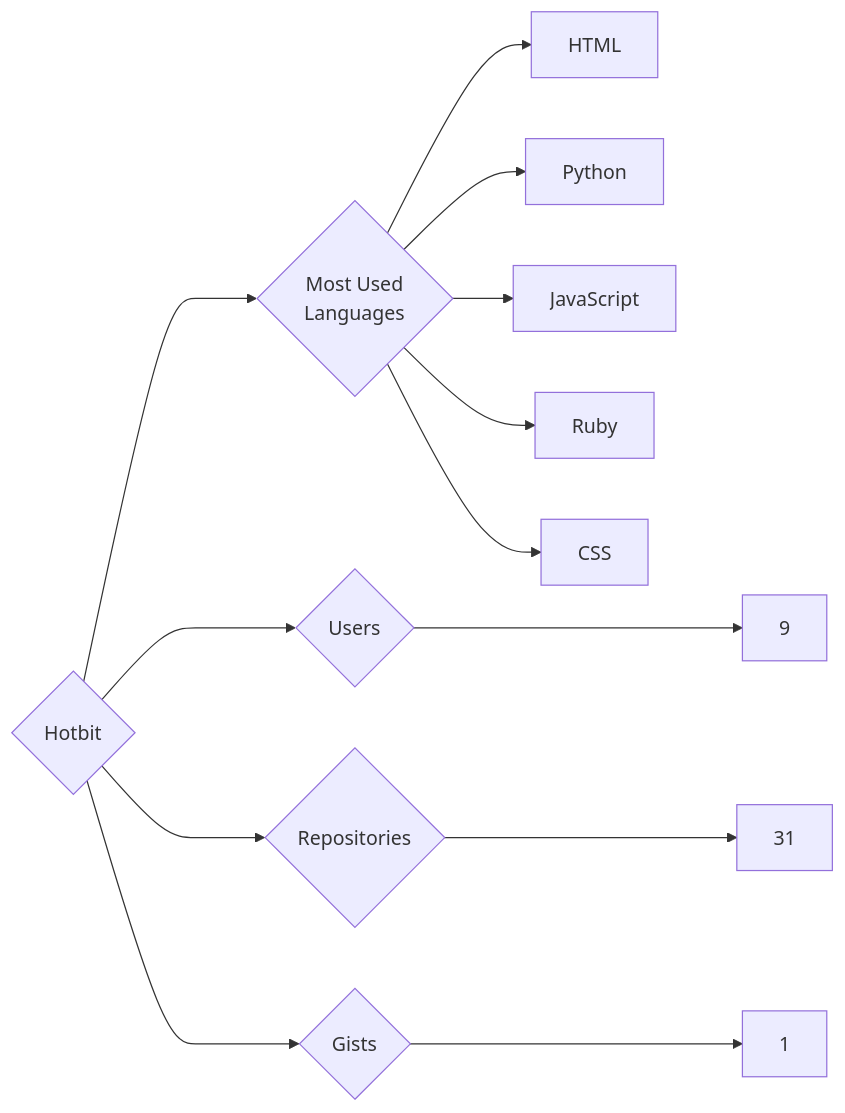
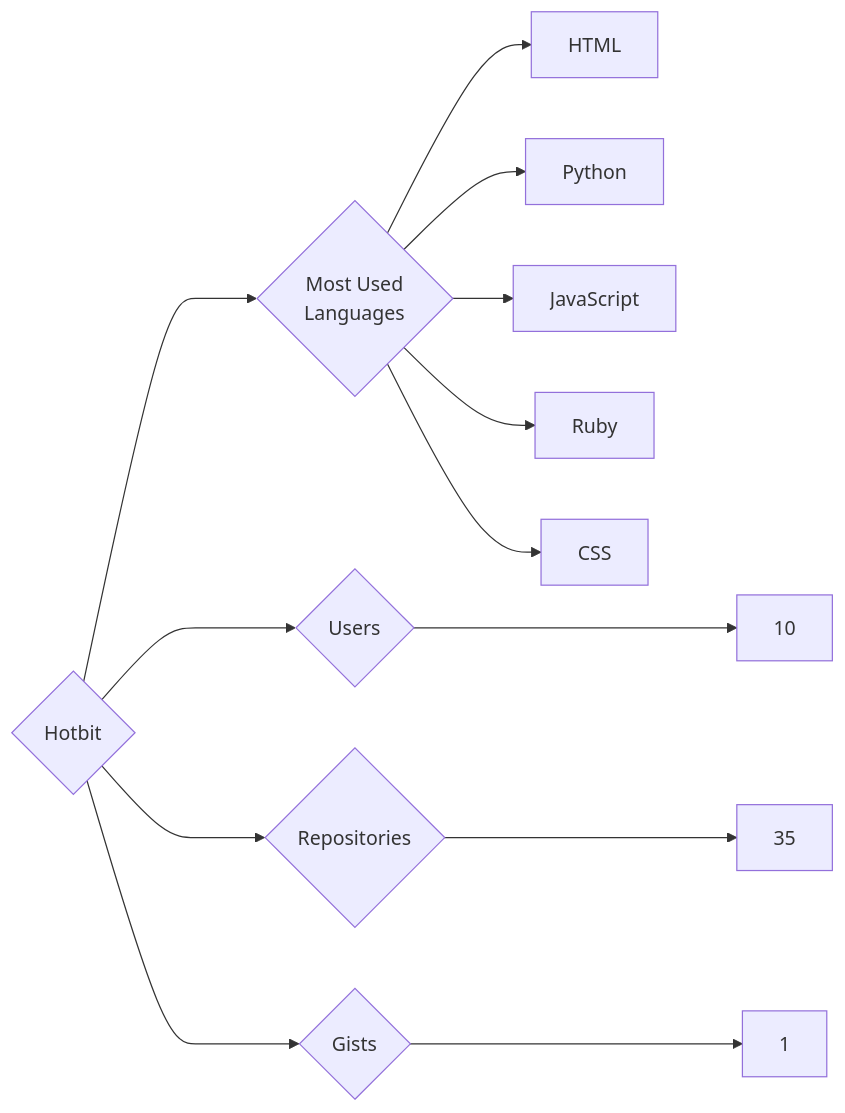
One commit to trickest/insiders changed the diagram in targets/Hotbit/README.md. Above: the diagram before and after it, drawn with Mermaid. The commit also changed 724 other files, not shown here.

````diff
--- a/targets/Hotbit/README.md
+++ b/targets/Hotbit/README.md
@@ -3,13 +3,13 @@
 ```mermaid
 graph LR
 COMPANY_NAME{Hotbit}
-COMPANY_NAME ---> U{Users} ---> UN[9]
-COMPANY_NAME ---> R{Repositories} ---> RN[31]
+COMPANY_NAME ---> U{Users} ---> UN[10]
+COMPANY_NAME ---> R{Repositories} ---> RN[35]
 COMPANY_NAME ---> G{Gists} ---> GN[1]
 COMPANY_NAME ---> ML{Most Used<br>Languages}
 ML --> HTML[HTML]
 ML --> Python[Python]
 ML --> JavaScript[JavaScript]
 ML --> Ruby[Ruby]
 ML --> CSS[CSS]
 ```
````
